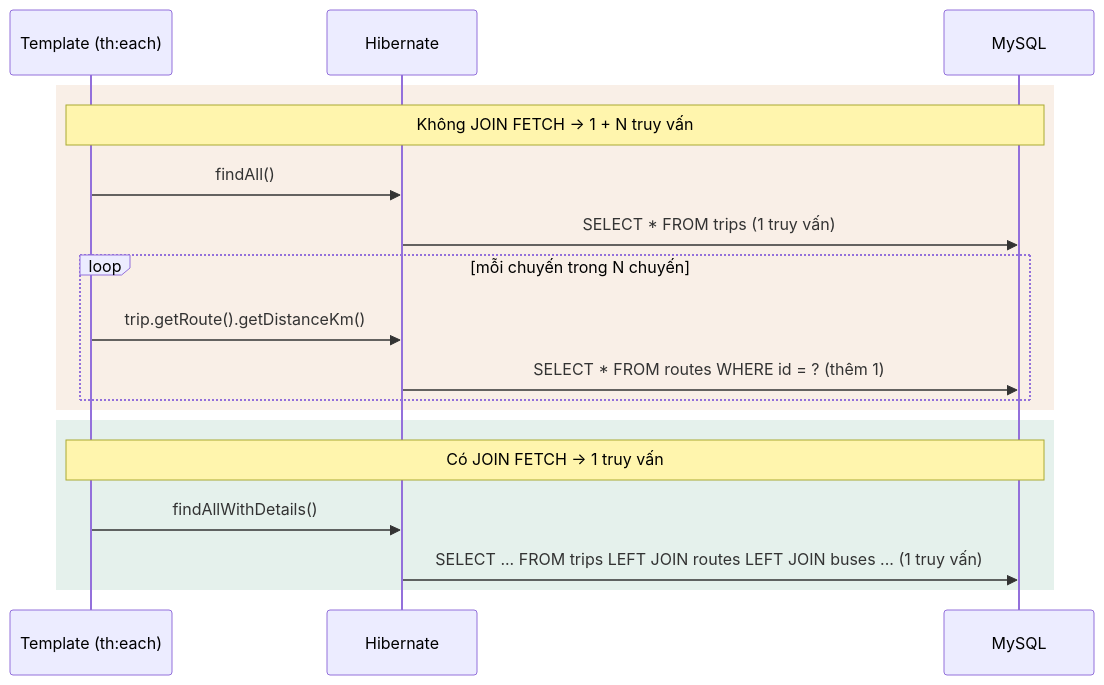
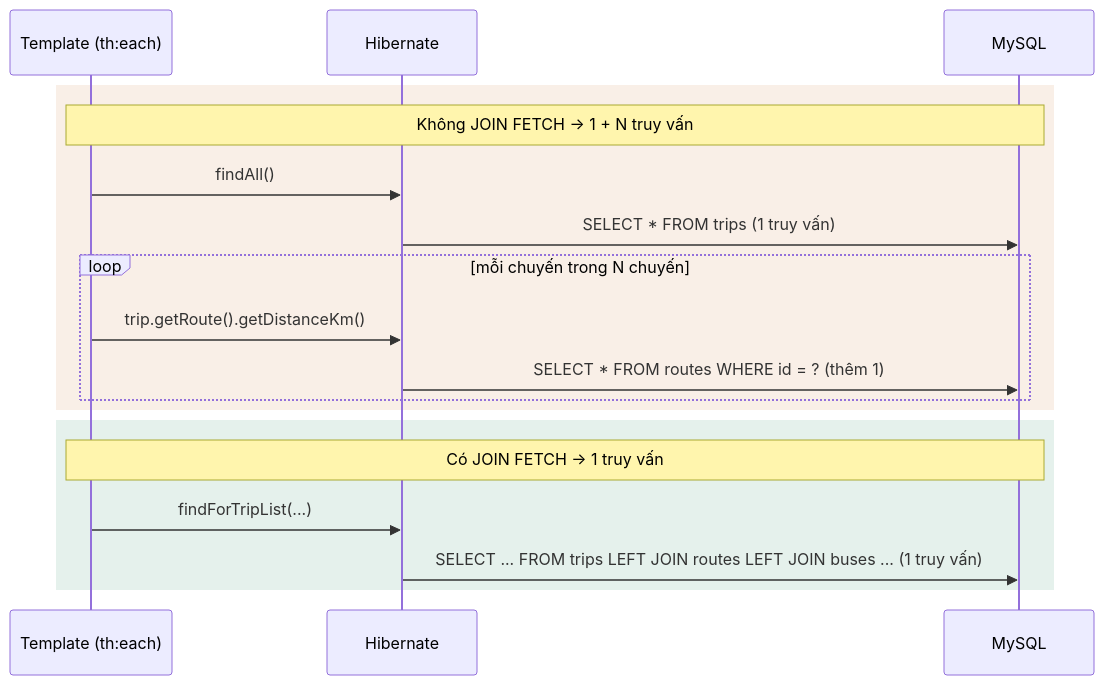
One commit to giang-it/BusManagement changed the third of 8 diagrams in BusManagement/docs/study/00b-jpa-transaction-testing.md. Above: the diagram before and after it, drawn with Mermaid. The commit also changed other lines of this file and 14 other files, not shown here.

````diff
--- a/BusManagement/docs/study/00b-jpa-transaction-testing.md
+++ b/BusManagement/docs/study/00b-jpa-transaction-testing.md
@@ -270,20 +270,20 @@
 ```mermaid
 sequenceDiagram
     participant T as Template (th:each)
     participant H as Hibernate
     participant DB as MySQL
     rect rgba(200, 120, 60, 0.12)
     Note over T,DB: Không JOIN FETCH → 1 + N truy vấn
     T->>H: findAll()
     H->>DB: SELECT * FROM trips (1 truy vấn)
     loop mỗi chuyến trong N chuyến
         T->>H: trip.getRoute().getDistanceKm()
         H->>DB: SELECT * FROM routes WHERE id = ? (thêm 1)
     end
     end
     rect rgba(40, 140, 100, 0.12)
     Note over T,DB: Có JOIN FETCH → 1 truy vấn
-    T->>H: findAllWithDetails()
+    T->>H: findForTripList(...)
     H->>DB: SELECT ... FROM trips LEFT JOIN routes LEFT JOIN buses ... (1 truy vấn)
     end
 ```
````
